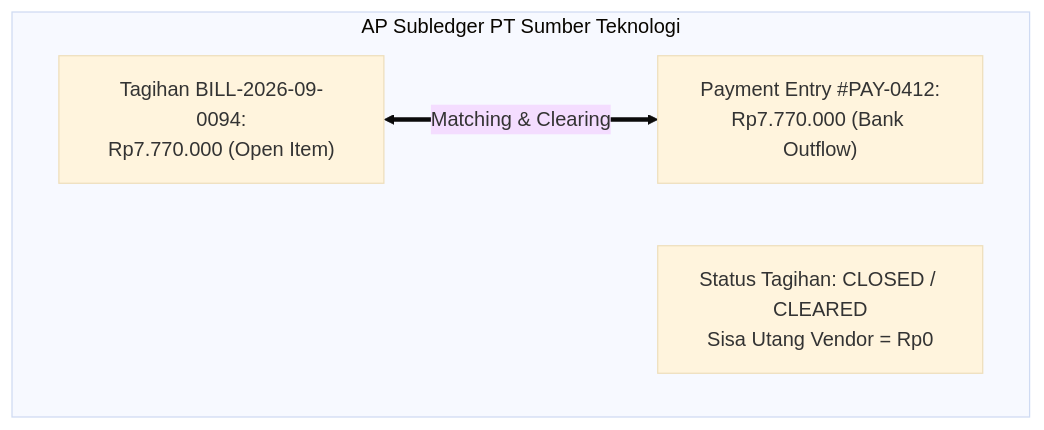
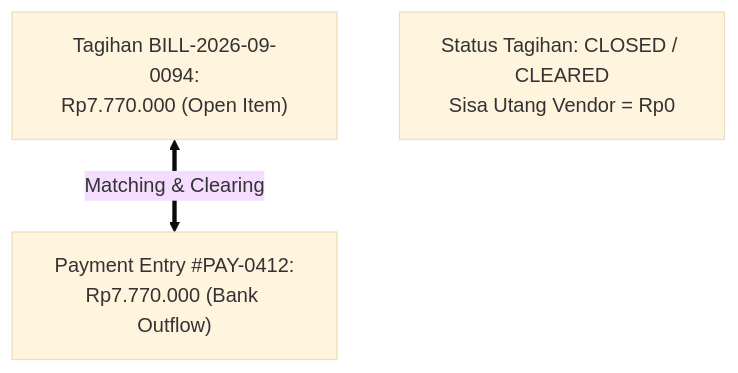
Before and after one commit to alimurrofid/erp-notes: the second of 2 diagrams in content/04-purchasing/accounts-payable-integration.md, drawn with Mermaid (base theme). The commit also changed 58 other files, not shown here.

Commit message:
fix(content):Mermaid Subgraph

````diff
--- a/content/04-purchasing/accounts-payable-integration.md
+++ b/content/04-purchasing/accounts-payable-integration.md
@@ -95,9 +95,7 @@
 ```mermaid
 flowchart TD
-    subgraph AP_Subledger["AP Subledger PT Sumber Teknologi"]
         Item1["Tagihan BILL-2026-09-0094:<br/>Rp7.770.000 (Open Item)"]
         PayEntry["Payment Entry #PAY-0412:<br/>Rp7.770.000 (Bank Outflow)"]
         Item1 <== Matching & Clearing ==> PayEntry
         Result["Status Tagihan: CLOSED / CLEARED<br/>Sisa Utang Vendor = Rp0"]
-    end
 ```
````
